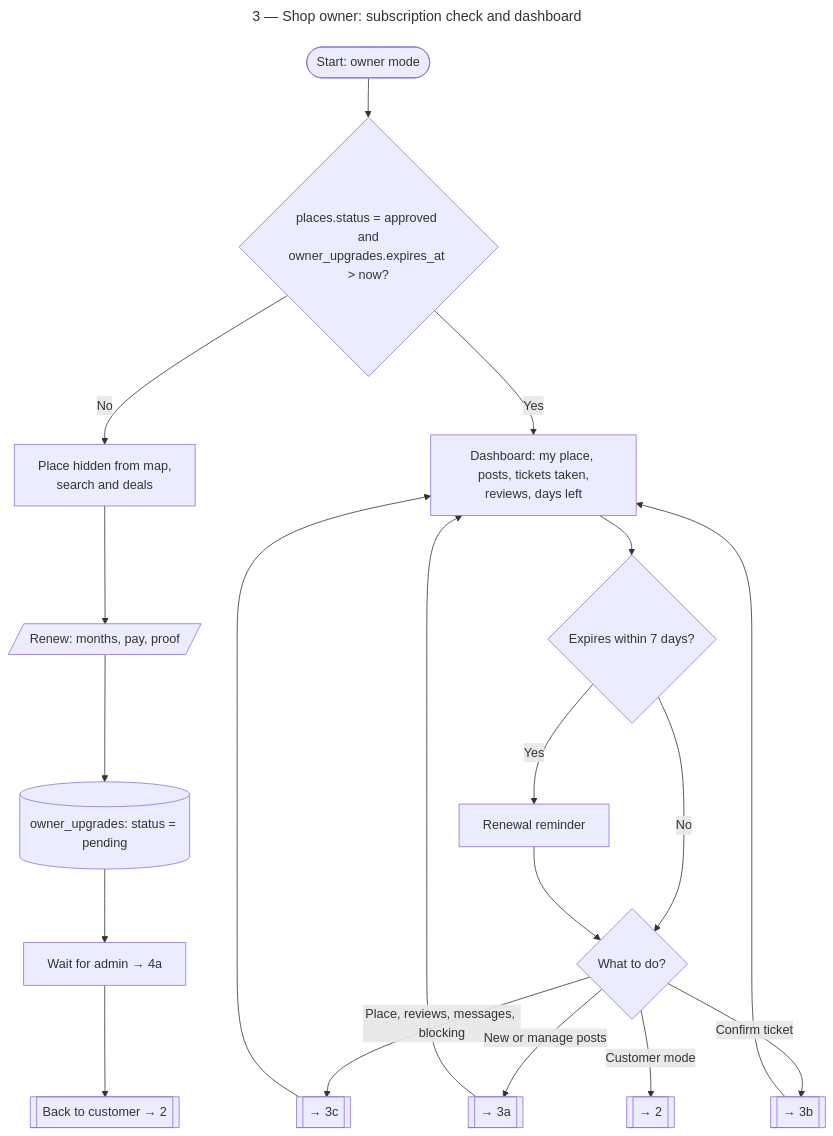
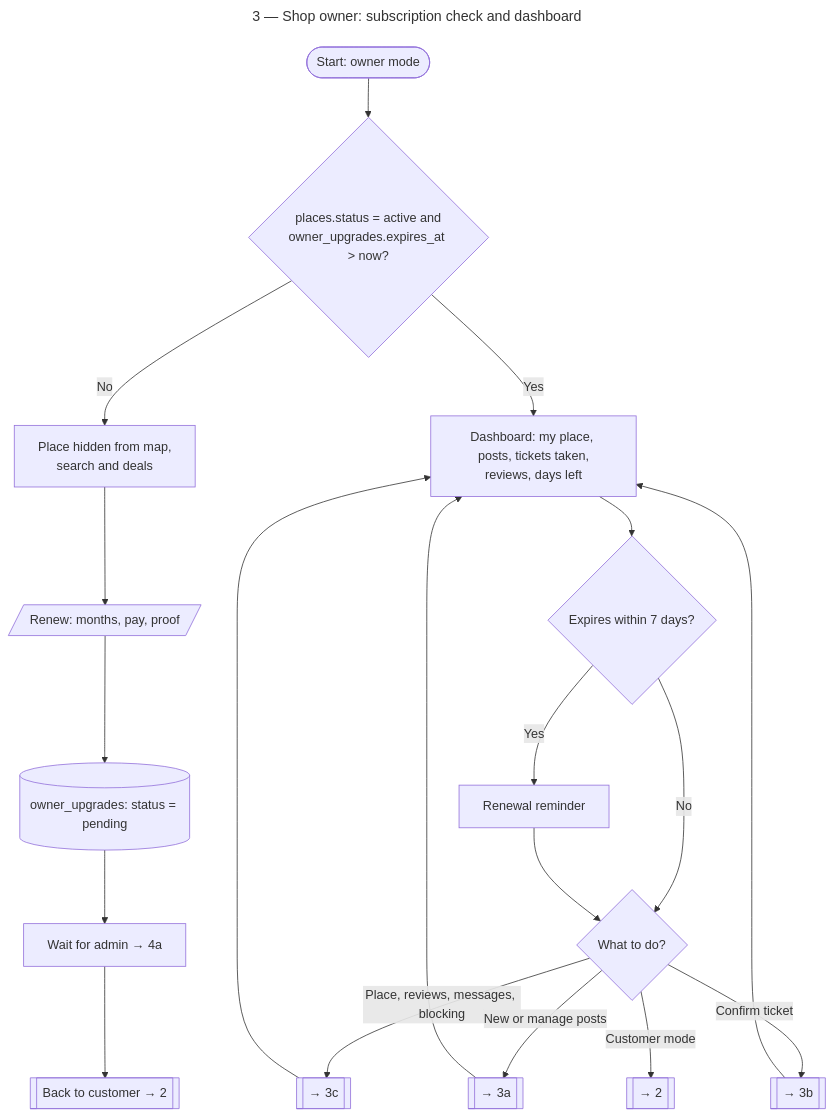
One commit to YeNaingOo969/POINTER changed the diagram in frontend/docs/flows/3-owner-menu.mmd. Above: the diagram before and after it, drawn with Mermaid. The commit also changed 20 other files, not shown here.

First line of the commit message:
Use the ER place statuses: pending, active, rejected, hidden

```diff
--- a/frontend/docs/flows/3-owner-menu.mmd
+++ b/frontend/docs/flows/3-owner-menu.mmd
@@ -1,20 +1,20 @@
 ---
 title: "3 — Shop owner: subscription check and dashboard"
 ---
 flowchart TD
-  S([Start: owner mode]) --> CK{"places.status = approved and<br/>owner_upgrades.expires_at > now?"}
+  S([Start: owner mode]) --> CK{"places.status = active and<br/>owner_upgrades.expires_at > now?"}
   CK -- No --> HID["Place hidden from map,<br/>search and deals"]
   HID --> RN[/"Renew: months, pay, proof"/]
   RN --> RNT[("owner_upgrades: status = pending")]
   RNT --> WA["Wait for admin → 4a"]
   WA --> BC[["Back to customer → 2"]]
   CK -- Yes --> D["Dashboard: my place, posts, tickets taken,<br/>reviews, days left"]
   D --> RMQ{"Expires within 7 days?"}
   RMQ -- Yes --> RM["Renewal reminder"]
   RMQ -- No --> W
   RM --> W{What to do?}
   W -- "Place, reviews, messages, blocking" --> A[["→ 3c"]]
   W -- "New or manage posts" --> B[["→ 3a"]]
   W -- Confirm ticket --> C[["→ 3b"]]
   W -- Customer mode --> CM[["→ 2"]]
   A & B & C --> D
```
